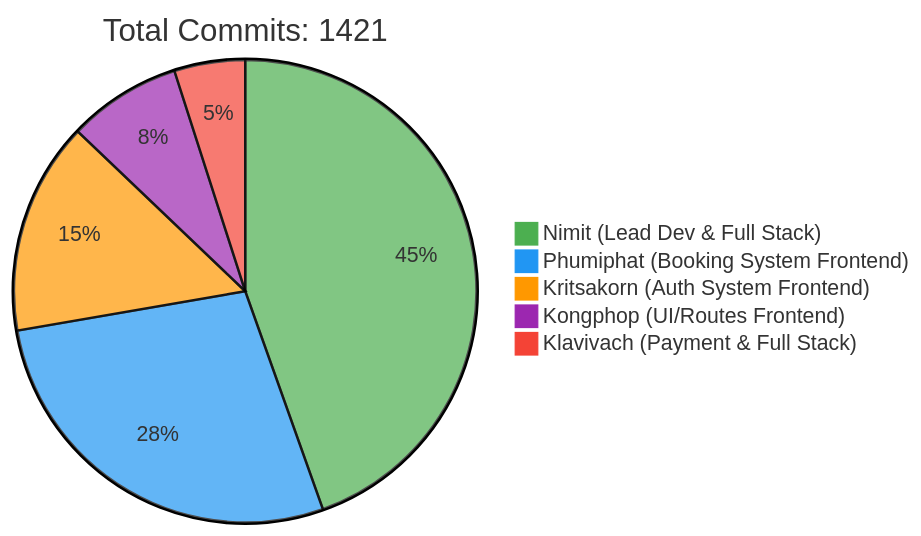
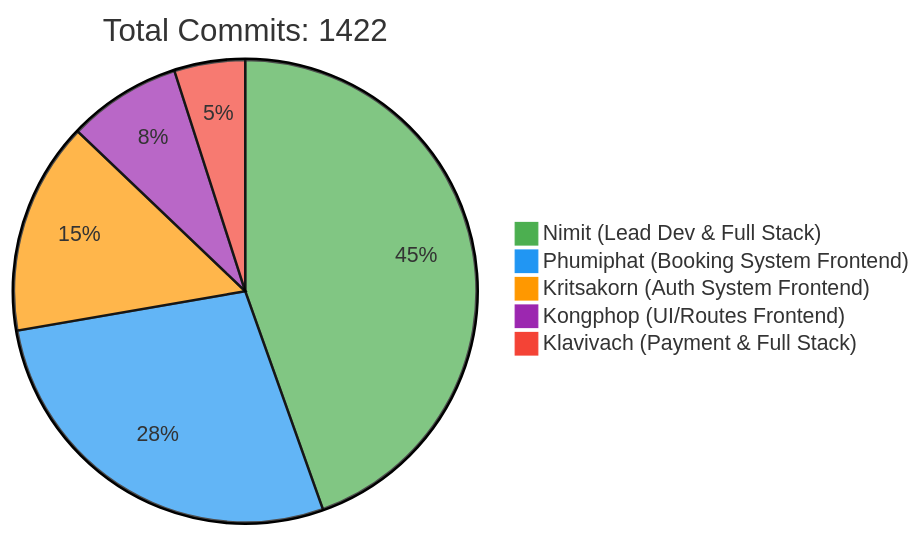
One commit to 6531503042/Sport-Complex changed the first of 2 diagrams in README.md. Above: the diagram before and after it, drawn with Mermaid. The commit also changed other lines of this file, not shown here.

Commit message:
docs: Update contributor statistics [skip ci]

````diff
--- a/README.md
+++ b/README.md
@@ -257,10 +257,10 @@
 ```mermaid
 %%{init: {'theme': 'base', 'themeVariables': { 'pie1': '#4CAF50', 'pie2': '#2196F3', 'pie3': '#FF9800', 'pie4': '#9C27B0', 'pie5': '#F44336'}}}%%
 pie
-    title Total Commits: 1421
+    title Total Commits: 1422
     "Nimit (Lead Dev & Full Stack)" : 450
     "Phumiphat (Booking System Frontend)" : 280
     "Kritsakorn (Auth System Frontend)" : 150
     "Kongphop (UI/Routes Frontend)" : 80
     "Klavivach (Payment & Full Stack)" : 50
 ```
````
